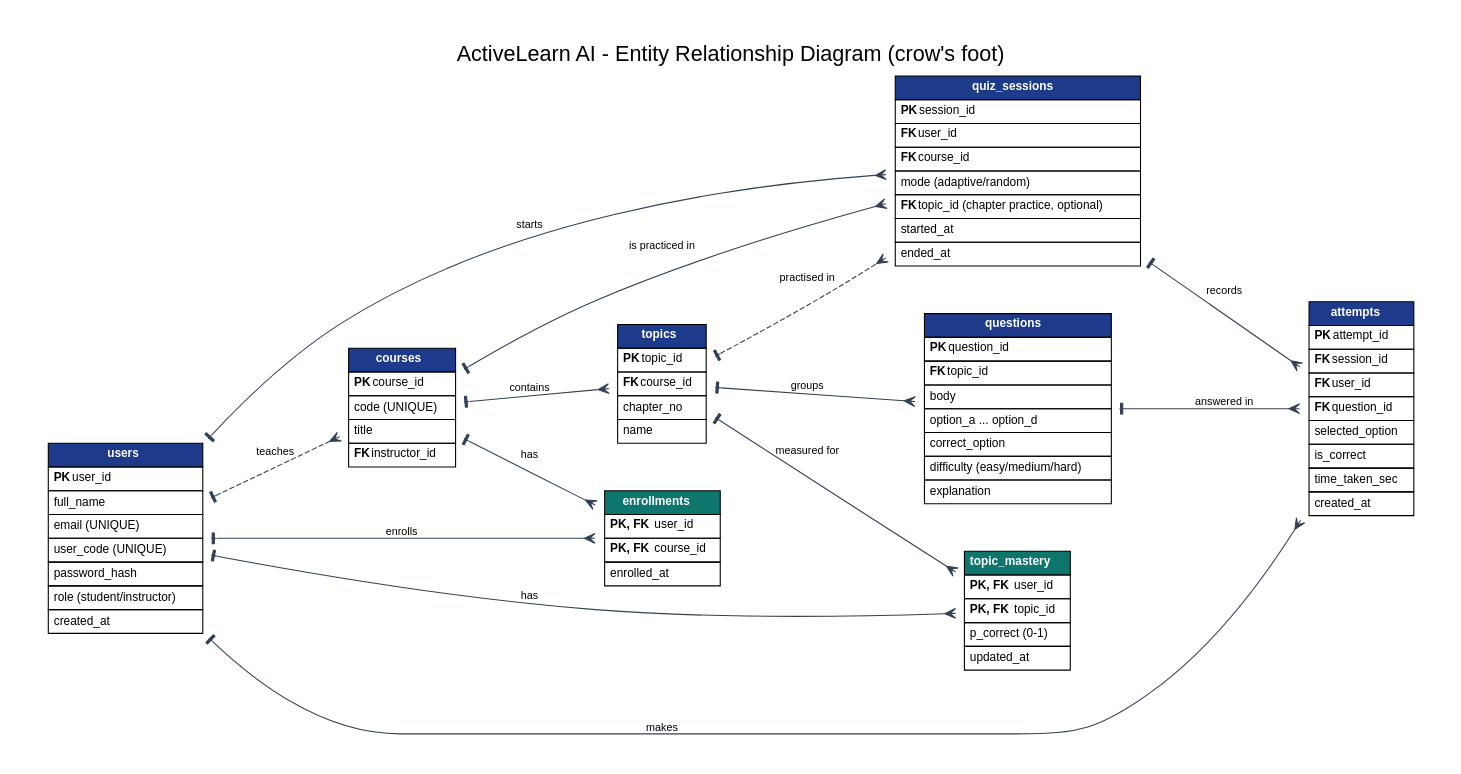
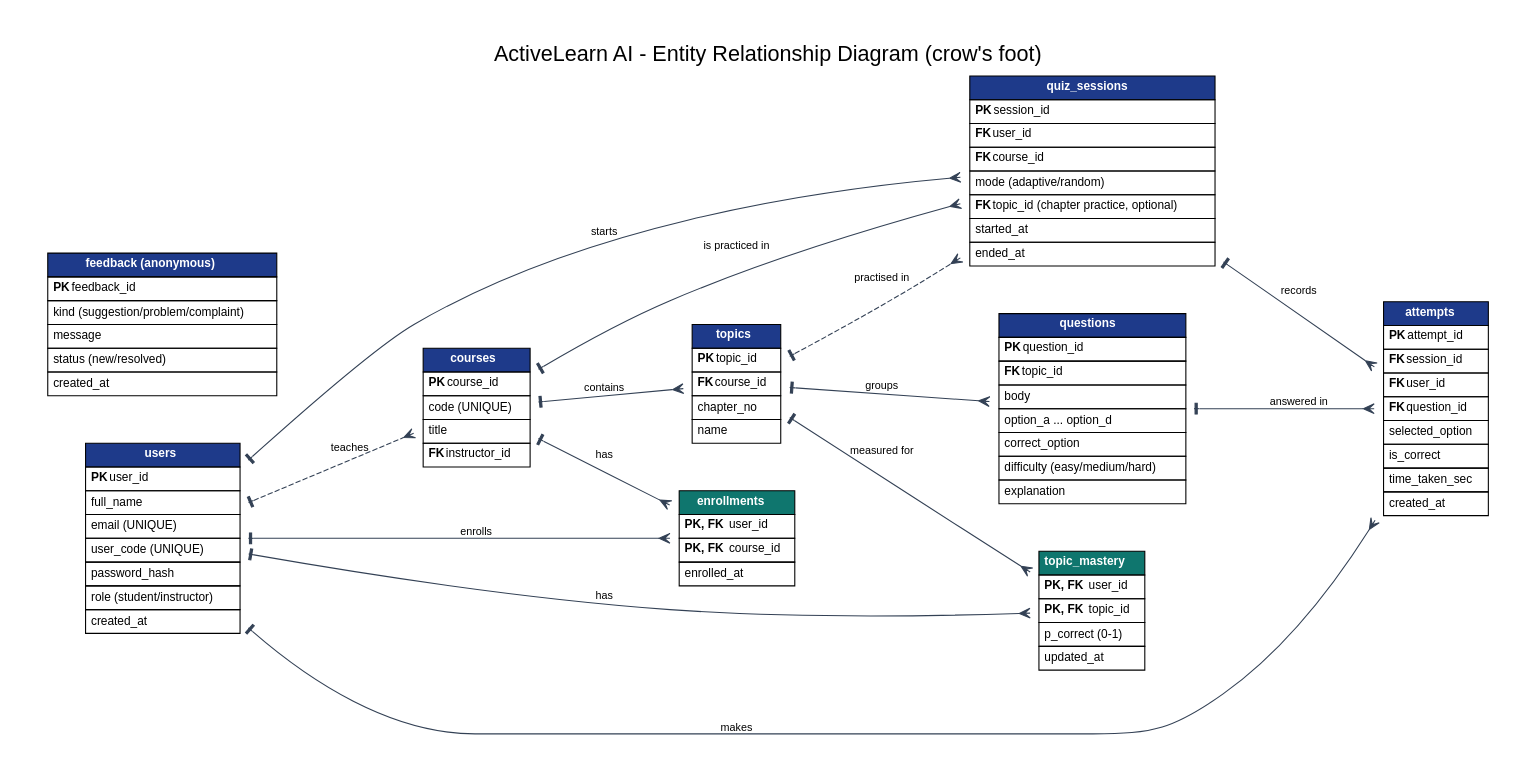
The diagram in database/erd.dot (omar-SciTech/ActiveLearn-AI), drawn with Graphviz before and after one commit. The commit also changed 9 other files, not shown here.

First line of the commit message:
Anonymous feedback saved in the database, with an instructor inbox

```diff
--- a/database/erd.dot
+++ b/database/erd.dot
@@ -1,87 +1,95 @@
 digraph ERD {
   graph [rankdir=LR, fontname="Helvetica", bgcolor="white", pad=0.4, nodesep=0.5, ranksep=1.1, label="ActiveLearn AI - Entity Relationship Diagram (crow's foot)", labelloc=t, fontsize=20];
   node  [shape=plaintext, fontname="Helvetica", fontsize=11];
   edge  [fontname="Helvetica", fontsize=10, arrowhead=crow, arrowtail=tee, dir=both, color="#334155"];
 
   users [label=<<TABLE BORDER="0" CELLBORDER="1" CELLSPACING="0" CELLPADDING="4">
     <TR><TD BGCOLOR="#1e3a8a"><FONT COLOR="white"><B>users</B></FONT></TD></TR>
     <TR><TD ALIGN="LEFT"><B>PK</B> user_id</TD></TR>
     <TR><TD ALIGN="LEFT">full_name</TD></TR>
     <TR><TD ALIGN="LEFT">email (UNIQUE)</TD></TR>
     <TR><TD ALIGN="LEFT">user_code (UNIQUE)</TD></TR>
     <TR><TD ALIGN="LEFT">password_hash</TD></TR>
     <TR><TD ALIGN="LEFT">role (student/instructor)</TD></TR>
     <TR><TD ALIGN="LEFT">created_at</TD></TR></TABLE>>];
 
   courses [label=<<TABLE BORDER="0" CELLBORDER="1" CELLSPACING="0" CELLPADDING="4">
     <TR><TD BGCOLOR="#1e3a8a"><FONT COLOR="white"><B>courses</B></FONT></TD></TR>
     <TR><TD ALIGN="LEFT"><B>PK</B> course_id</TD></TR>
     <TR><TD ALIGN="LEFT">code (UNIQUE)</TD></TR>
     <TR><TD ALIGN="LEFT">title</TD></TR>
     <TR><TD ALIGN="LEFT"><B>FK</B> instructor_id</TD></TR></TABLE>>];
 
   enrollments [label=<<TABLE BORDER="0" CELLBORDER="1" CELLSPACING="0" CELLPADDING="4">
     <TR><TD BGCOLOR="#0f766e"><FONT COLOR="white"><B>enrollments</B></FONT></TD></TR>
     <TR><TD ALIGN="LEFT"><B>PK, FK</B> user_id</TD></TR>
     <TR><TD ALIGN="LEFT"><B>PK, FK</B> course_id</TD></TR>
     <TR><TD ALIGN="LEFT">enrolled_at</TD></TR></TABLE>>];
 
   topics [label=<<TABLE BORDER="0" CELLBORDER="1" CELLSPACING="0" CELLPADDING="4">
     <TR><TD BGCOLOR="#1e3a8a"><FONT COLOR="white"><B>topics</B></FONT></TD></TR>
     <TR><TD ALIGN="LEFT"><B>PK</B> topic_id</TD></TR>
     <TR><TD ALIGN="LEFT"><B>FK</B> course_id</TD></TR>
     <TR><TD ALIGN="LEFT">chapter_no</TD></TR>
     <TR><TD ALIGN="LEFT">name</TD></TR></TABLE>>];
 
   questions [label=<<TABLE BORDER="0" CELLBORDER="1" CELLSPACING="0" CELLPADDING="4">
     <TR><TD BGCOLOR="#1e3a8a"><FONT COLOR="white"><B>questions</B></FONT></TD></TR>
     <TR><TD ALIGN="LEFT"><B>PK</B> question_id</TD></TR>
     <TR><TD ALIGN="LEFT"><B>FK</B> topic_id</TD></TR>
     <TR><TD ALIGN="LEFT">body</TD></TR>
     <TR><TD ALIGN="LEFT">option_a ... option_d</TD></TR>
     <TR><TD ALIGN="LEFT">correct_option</TD></TR>
     <TR><TD ALIGN="LEFT">difficulty (easy/medium/hard)</TD></TR>
     <TR><TD ALIGN="LEFT">explanation</TD></TR></TABLE>>];
 
   quiz_sessions [label=<<TABLE BORDER="0" CELLBORDER="1" CELLSPACING="0" CELLPADDING="4">
     <TR><TD BGCOLOR="#1e3a8a"><FONT COLOR="white"><B>quiz_sessions</B></FONT></TD></TR>
     <TR><TD ALIGN="LEFT"><B>PK</B> session_id</TD></TR>
     <TR><TD ALIGN="LEFT"><B>FK</B> user_id</TD></TR>
     <TR><TD ALIGN="LEFT"><B>FK</B> course_id</TD></TR>
     <TR><TD ALIGN="LEFT">mode (adaptive/random)</TD></TR>
     <TR><TD ALIGN="LEFT"><B>FK</B> topic_id (chapter practice, optional)</TD></TR>
     <TR><TD ALIGN="LEFT">started_at</TD></TR>
     <TR><TD ALIGN="LEFT">ended_at</TD></TR></TABLE>>];
 
   attempts [label=<<TABLE BORDER="0" CELLBORDER="1" CELLSPACING="0" CELLPADDING="4">
     <TR><TD BGCOLOR="#1e3a8a"><FONT COLOR="white"><B>attempts</B></FONT></TD></TR>
     <TR><TD ALIGN="LEFT"><B>PK</B> attempt_id</TD></TR>
     <TR><TD ALIGN="LEFT"><B>FK</B> session_id</TD></TR>
     <TR><TD ALIGN="LEFT"><B>FK</B> user_id</TD></TR>
     <TR><TD ALIGN="LEFT"><B>FK</B> question_id</TD></TR>
     <TR><TD ALIGN="LEFT">selected_option</TD></TR>
     <TR><TD ALIGN="LEFT">is_correct</TD></TR>
     <TR><TD ALIGN="LEFT">time_taken_sec</TD></TR>
     <TR><TD ALIGN="LEFT">created_at</TD></TR></TABLE>>];
 
   topic_mastery [label=<<TABLE BORDER="0" CELLBORDER="1" CELLSPACING="0" CELLPADDING="4">
     <TR><TD BGCOLOR="#0f766e"><FONT COLOR="white"><B>topic_mastery</B></FONT></TD></TR>
     <TR><TD ALIGN="LEFT"><B>PK, FK</B> user_id</TD></TR>
     <TR><TD ALIGN="LEFT"><B>PK, FK</B> topic_id</TD></TR>
     <TR><TD ALIGN="LEFT">p_correct (0-1)</TD></TR>
     <TR><TD ALIGN="LEFT">updated_at</TD></TR></TABLE>>];
 
+  feedback [label=<<TABLE BORDER="0" CELLBORDER="1" CELLSPACING="0" CELLPADDING="4">
+    <TR><TD BGCOLOR="#1e3a8a"><FONT COLOR="white"><B>feedback (anonymous)</B></FONT></TD></TR>
+    <TR><TD ALIGN="LEFT"><B>PK</B> feedback_id</TD></TR>
+    <TR><TD ALIGN="LEFT">kind (suggestion/problem/complaint)</TD></TR>
+    <TR><TD ALIGN="LEFT">message</TD></TR>
+    <TR><TD ALIGN="LEFT">status (new/resolved)</TD></TR>
+    <TR><TD ALIGN="LEFT">created_at</TD></TR></TABLE>>];
+
   users -> enrollments [label="enrolls"];
   courses -> enrollments [label="has"];
   users -> courses [label="teaches", style=dashed];
   courses -> topics [label="contains"];
   topics -> questions [label="groups"];
   users -> quiz_sessions [label="starts"];
   courses -> quiz_sessions [label="is practiced in"];
   quiz_sessions -> attempts [label="records"];
   users -> attempts [label="makes"];
   questions -> attempts [label="answered in"];
   users -> topic_mastery [label="has"];
   topics -> topic_mastery [label="measured for"];
   topics -> quiz_sessions [label="practised in", style=dashed];
 }
```
